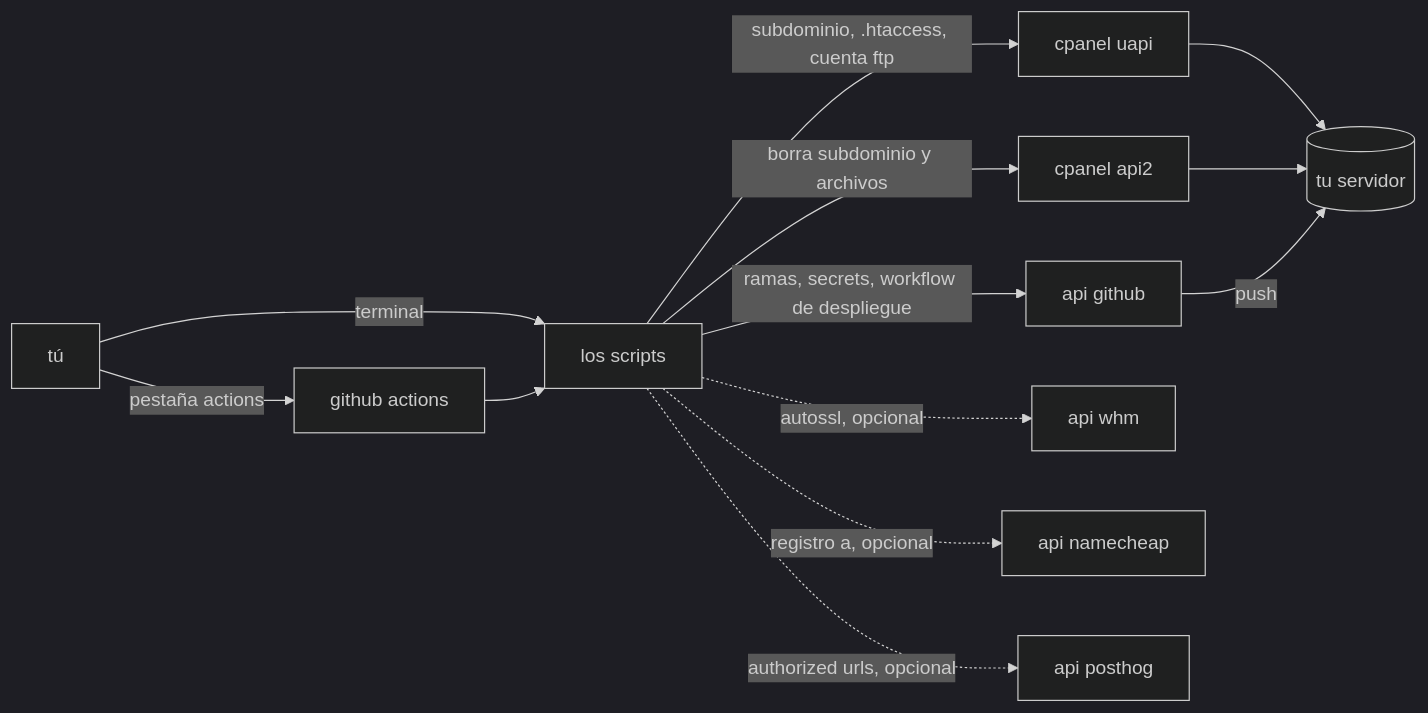
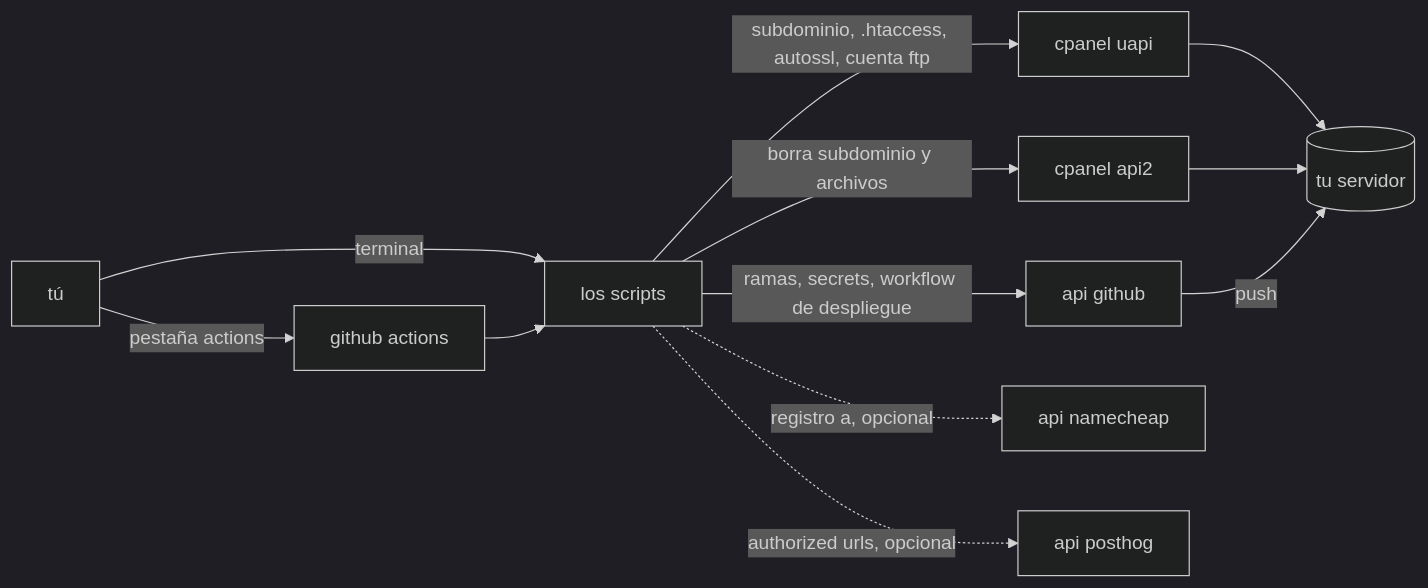
One commit to leandroestrella/hammerspace changed the diagram in README.es.md. Above: the diagram before and after it, drawn with Mermaid. The commit also changed other lines of this file and 11 other files, not shown here.

First line of the commit message:
autossl: start it through uapi with the cpanel user token, no whm needed (LNDR-230)

````diff
--- a/README.es.md
+++ b/README.es.md
@@ -28,16 +28,15 @@
 ```mermaid
 %%{init: {'theme': 'dark'}}%%
 flowchart LR
     YOU[tú] -->|pestaña actions| GHA[github actions]
     YOU -->|terminal| CLI[los scripts]
     GHA --> CLI
-    CLI -->|subdominio, .htaccess, cuenta ftp| UAPI[cpanel uapi]
+    CLI -->|subdominio, .htaccess, autossl, cuenta ftp| UAPI[cpanel uapi]
     CLI -->|borra subdominio y archivos| API2[cpanel api2]
     CLI -->|ramas, secrets, workflow de despliegue| GH[api github]
-    CLI -.->|autossl, opcional| WHM[api whm]
     CLI -.->|registro a, opcional| NC[api namecheap]
     CLI -.->|authorized urls, opcional| PH[api posthog]
     UAPI --> SRV[(tu servidor)]
     API2 --> SRV
     GH -->|push| SRV
 ```
````
